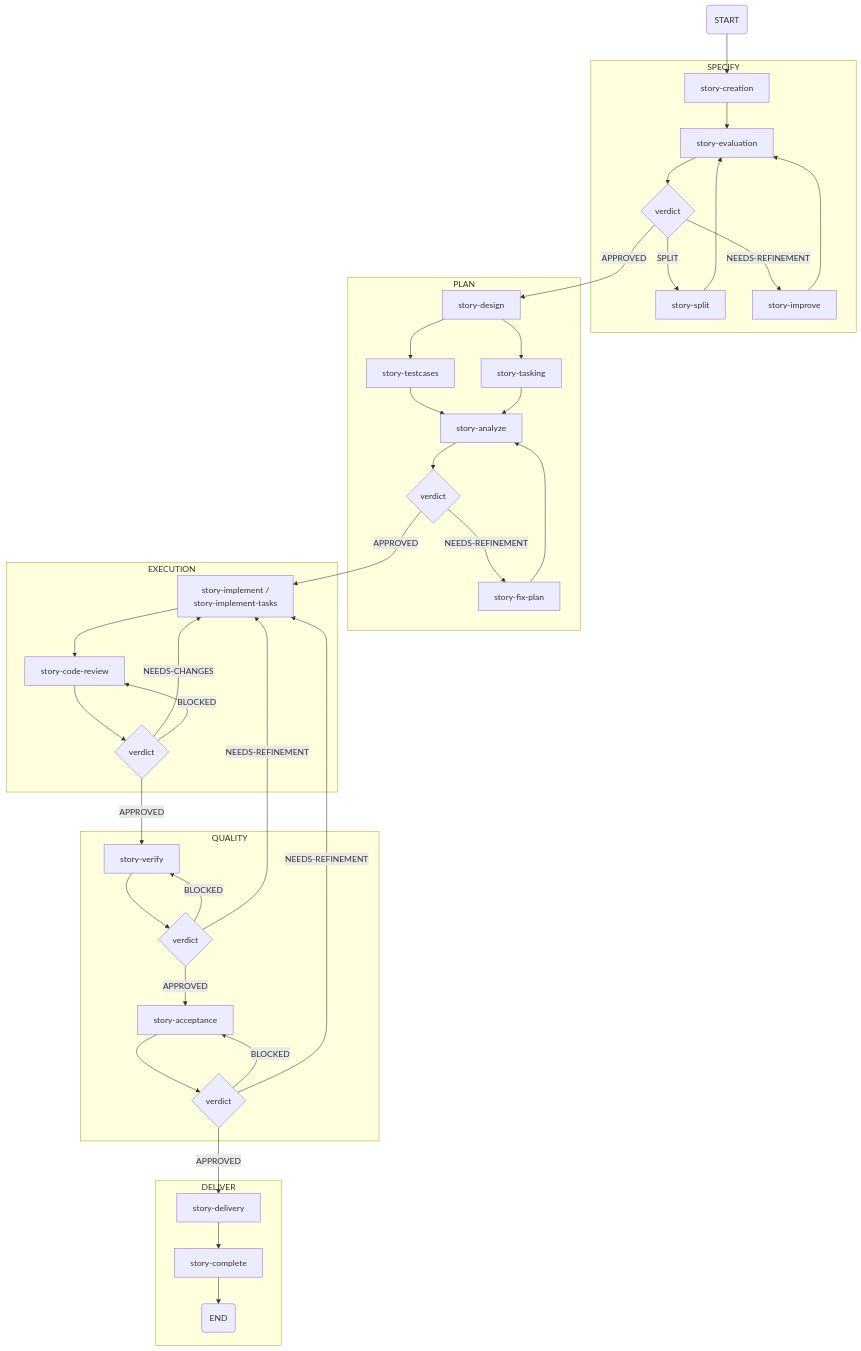
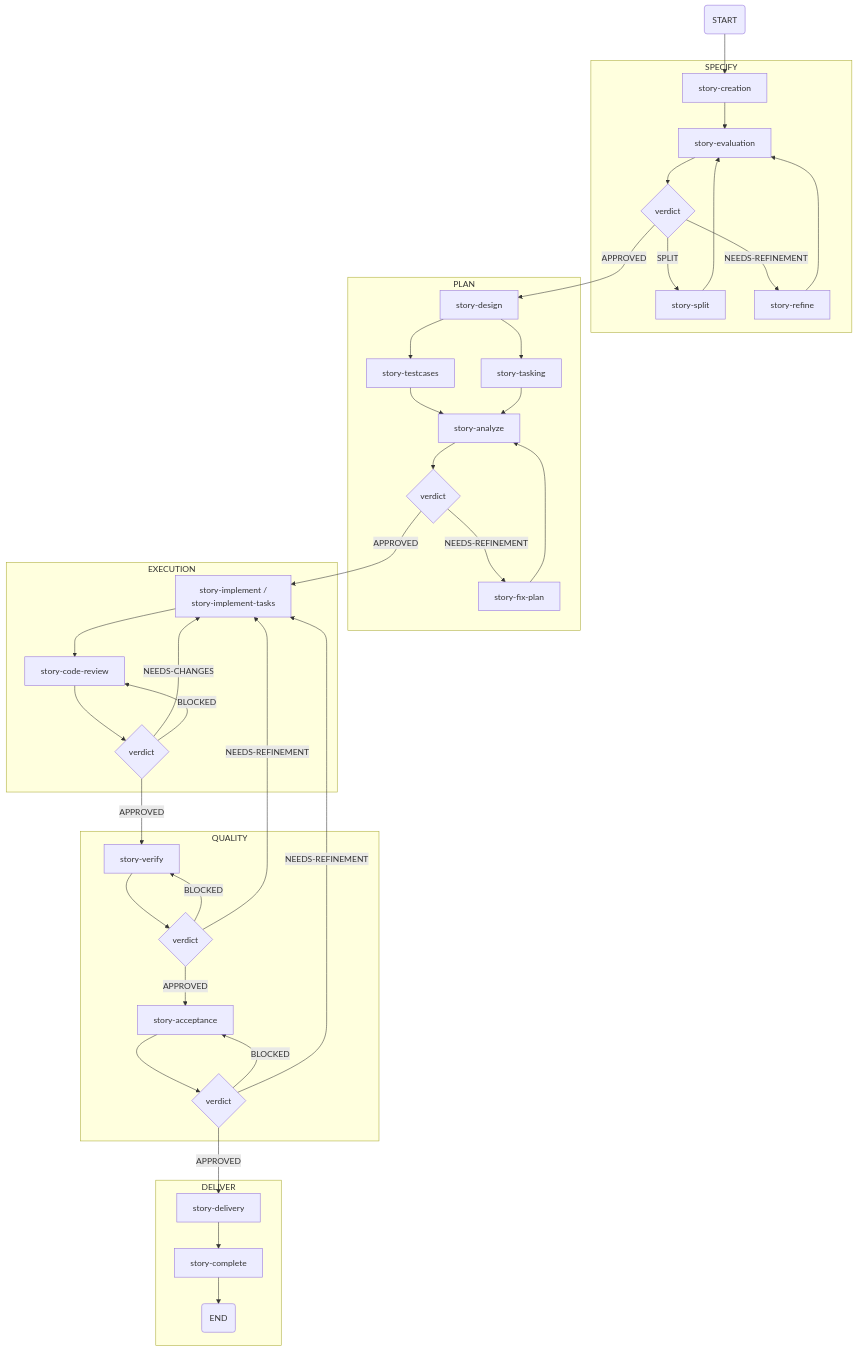
One commit to dariopalminio/agile-sddf changed the diagram in docs/architecture/diagrams/flowchart-skill-story-flow-relationships.mermaid. Above: the diagram before and after it, drawn with Mermaid.

Commit message:
doc: update flowchart-skill-story-flow-relationships.mermaid diagram

```diff
--- a/docs/architecture/diagrams/flowchart-skill-story-flow-relationships.mermaid
+++ b/docs/architecture/diagrams/flowchart-skill-story-flow-relationships.mermaid
@@ -1,80 +1,80 @@
 flowchart TD
     %% Nodo Inicial
     START(START)
     START --> story-creation
 
     %% FASE: SPECIFY
     subgraph SPECIFY
         story-creation[story-creation]
         story-evaluation[story-evaluation]
         dec_specify{verdict}
         story-split[story-split]
-        story-improve[story-improve]
+        story-refine[story-refine]
         
         story-creation --> story-evaluation
         story-evaluation --> dec_specify
         dec_specify -->|SPLIT| story-split
-        dec_specify -->|NEEDS-REFINEMENT| story-improve
+        dec_specify -->|NEEDS-REFINEMENT| story-refine
         story-split --> story-evaluation
-        story-improve --> story-evaluation
+        story-refine --> story-evaluation
     end
 
     %% FASE: PLAN (PLAN y READY-FOR-IMPLEMENT)
     subgraph PLAN
         dec_specify -->|APPROVED| story-design
         story-design[story-design]
         story-testcases[story-testcases]
         story-tasking[story-tasking]
         story-analyze[story-analyze]
         story-fix-plan[story-fix-plan]
         dec_plan{verdict}
         
         dec_plan -->|NEEDS-REFINEMENT| story-fix-plan
         story-design --> story-testcases
         story-design --> story-tasking
         story-testcases --> story-analyze
         story-tasking --> story-analyze
         story-analyze --> dec_plan
         story-fix-plan --> story-analyze
     end
 
     %% FASE: EXECUTION (Agrupa IMPLEMENT y CODE-REVIEW)
     subgraph EXECUTION
         dec_plan -->|APPROVED| story-implement
         story-implement[story-implement / <br/>story-implement-tasks]
         story-code-review[story-code-review]
         dec_impl{verdict}
         
         story-implement --> story-code-review
         story-code-review --> dec_impl
         dec_impl -->|NEEDS-CHANGES| story-implement
         dec_impl -->|BLOCKED| story-code-review
     end
 
     %% FASE: QUALITY (Agrupa VERIFY y ACCEPTANCE)
     subgraph QUALITY
         dec_impl -->|APPROVED| story-verify
         story-verify[story-verify]
         dec_verify{verdict}
         story-acceptance[story-acceptance]
         dec_acceptance{verdict}
         
         story-verify --> dec_verify
         dec_verify -->|BLOCKED| story-verify
         dec_verify -->|APPROVED| story-acceptance
         story-acceptance --> dec_acceptance
         dec_acceptance -->|BLOCKED| story-acceptance
         dec_verify -->|NEEDS-REFINEMENT| story-implement
         dec_acceptance -->|NEEDS-REFINEMENT| story-implement
     end
 
     %% FASE: DELIVER AND COMPLETE
     subgraph DELIVER
         dec_acceptance -->|APPROVED| story-delivery
         story-delivery[story-delivery]
         story-complete[story-complete]
         END(END)
         
         story-delivery --> story-complete
         story-complete --> END
     end
```
